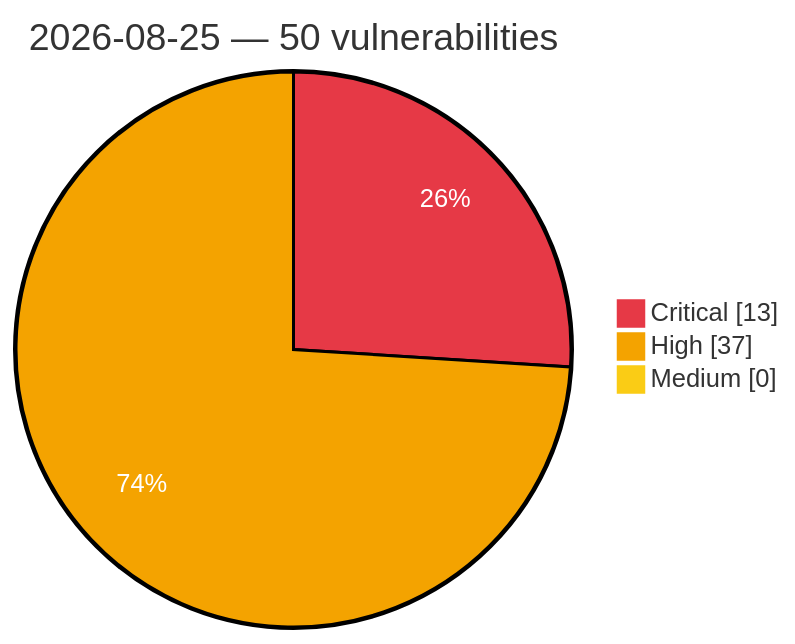
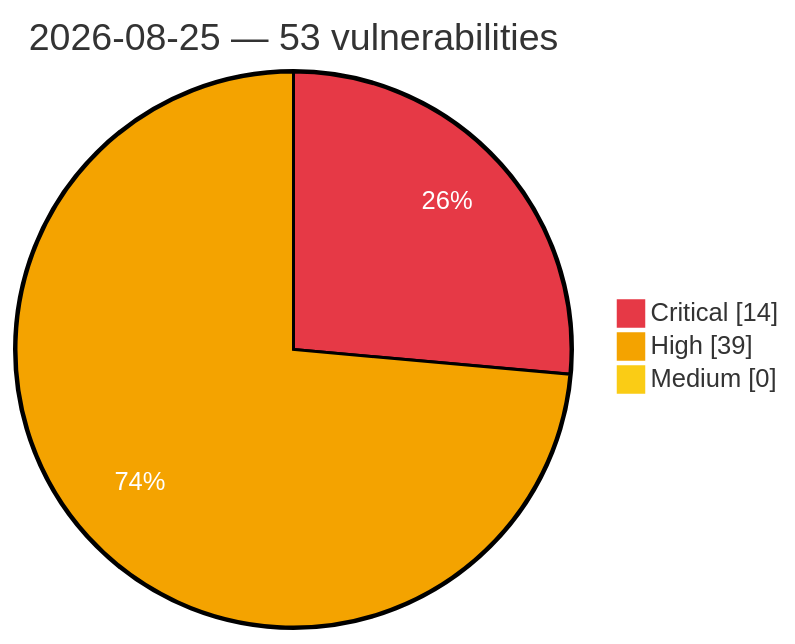
One commit to GhostX0X/vuln-tracker changed the diagram in vulnerabilities/2026/August/2026-08-25.md. Above: the diagram before and after it, drawn with Mermaid. The commit also changed other lines of this file and 5 other files, not shown here.

Commit message:
Auto update: critical/high vulns (2026-08-25 11:42 UTC)

````diff
--- a/vulnerabilities/2026/August/2026-08-25.md
+++ b/vulnerabilities/2026/August/2026-08-25.md
@@ -3,8 +3,8 @@
 ```mermaid
 %%{init: {'theme':'base', 'themeVariables': {'pie1':'#e63946', 'pie2':'#f4a300', 'pie3':'#facc15', 'pieOpacity':'1', 'pieOuterStrokeWidth':'2px', 'pieSectionTextColor':'#ffffff'}}}%%
 pie showData
-    title 2026-08-25 — 50 vulnerabilities
-    "Critical" : 13
-    "High" : 37
+    title 2026-08-25 — 53 vulnerabilities
+    "Critical" : 14
+    "High" : 39
     "Medium" : 0
 ```
````
